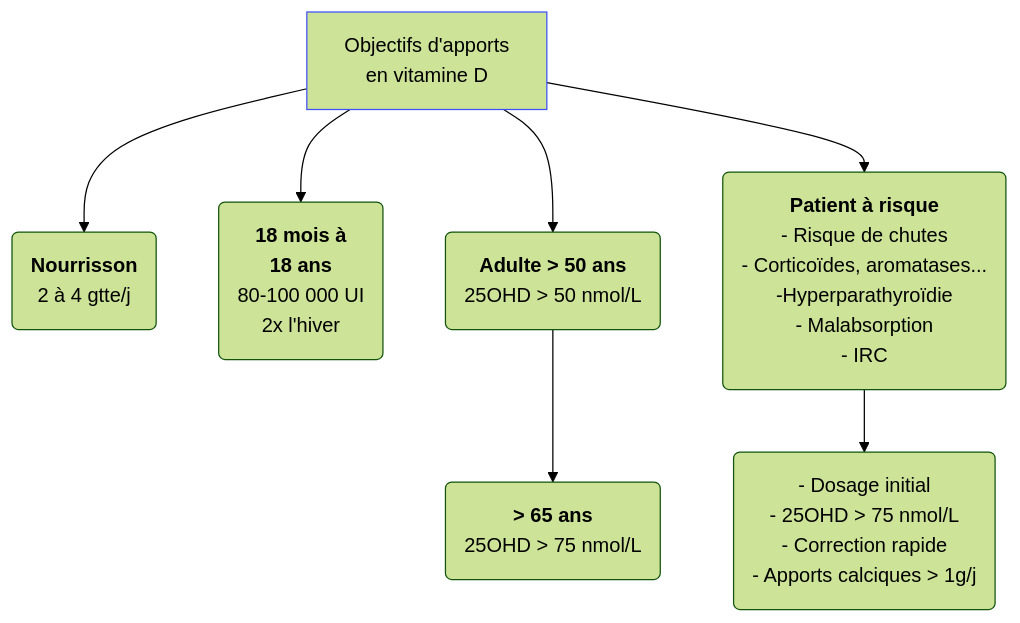
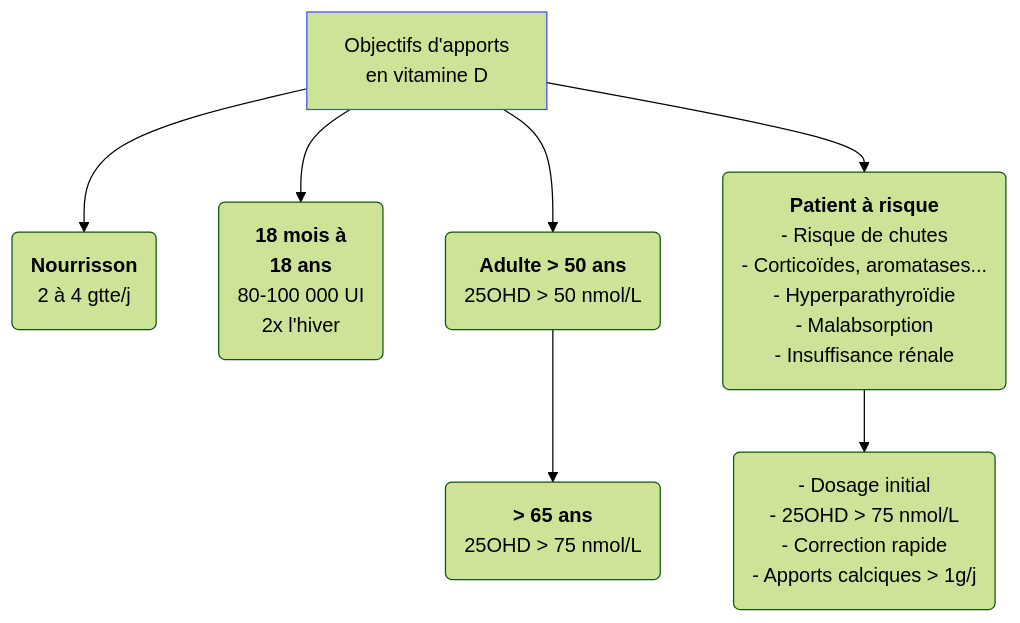
The diagram in content/recommandations/vitamine-d.md (djibe/recommandations-medicales), drawn with Mermaid (forest theme) before and after one commit. The commit also changed 17 other files, not shown here.

```diff
--- a/content/recommandations/vitamine-d.md
+++ b/content/recommandations/vitamine-d.md
@@ -200,10 +200,10 @@
 {{< mermaid title="Cibles d'apports en vitamine D (schéma simplifié). Dr JB FRON d'après Souberbielle 2019" >}}
 graph TB
   apports["Objectifs d'apports<br>en vitamine D"]
   style apports stroke:#4150f5, stroke-width:1px
     apports --> ns(<b>Nourrisson</b><br>2 à 4 gtte/j)
     apports --> enfant(<b>18 mois à<br>18 ans</b><br>80-100 000 UI<br> 2x l'hiver)
     apports --> adulte(<b>Adulte &gt; 50 ans</b><br>25OHD &gt; 50 nmol/L)
       adulte --> 65(<b>&gt; 65 ans</b><br>25OHD &gt; 75 nmol/L)
-    apports --> risque(<b>Patient à risque</b><br>- Risque de chutes<br>- Corticoïdes, aromatases...<br>-Hyperparathyroïdie<br>- Malabsorption<br>- IRC) --> intensif("- Dosage initial<br>- 25OHD &gt; 75 nmol/L<br>- Correction rapide<br>- Apports calciques &gt; 1g/j")
+    apports --> risque(<b>Patient à risque</b><br>- Risque de chutes<br>- Corticoïdes, aromatases...<br>- Hyperparathyroïdie<br>- Malabsorption<br>- Insuffisance rénale) --> intensif("- Dosage initial<br>- 25OHD &gt; 75 nmol/L<br>- Correction rapide<br>- Apports calciques &gt; 1g/j")
 {{< /mermaid >}}
```
